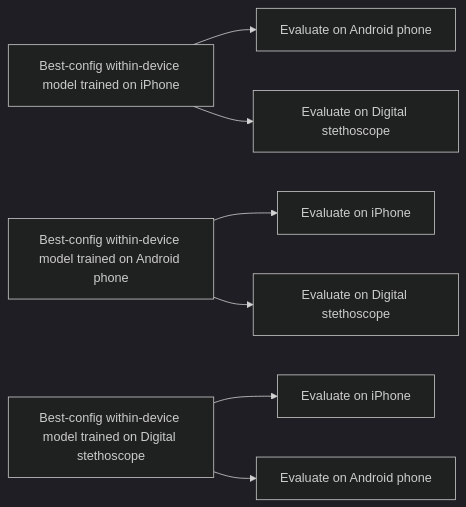
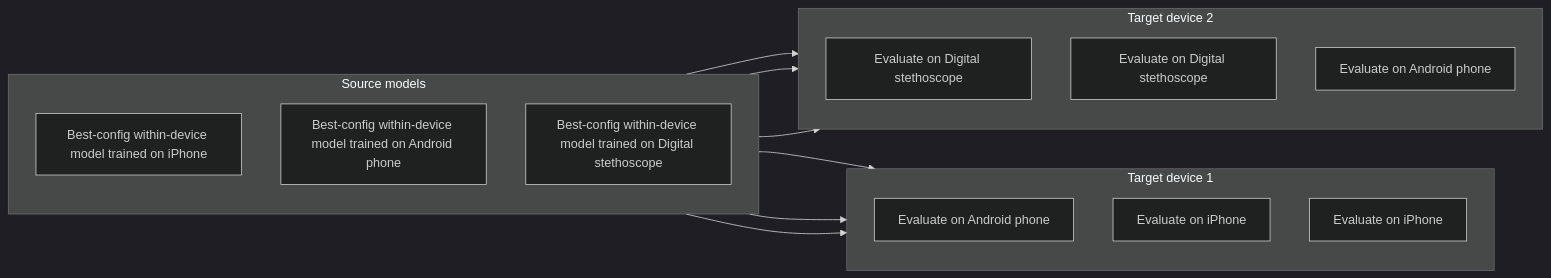
One commit to anywheredoor/phonocardiogram-lvef-deeplearning changed the second of 3 diagrams in README.md. Above: the diagram before and after it, drawn with Mermaid (dark theme). The commit also changed other lines of this file, not shown here.

````diff
--- a/README.md
+++ b/README.md
@@ -153,9 +150,27 @@
 ```mermaid
 flowchart LR
-    A["Best-config within-device model trained on iPhone"] --> B1["Evaluate on Android phone"]
-    A --> B2["Evaluate on Digital stethoscope"]
-    C["Best-config within-device model trained on Android phone"] --> D1["Evaluate on iPhone"]
-    C --> D2["Evaluate on Digital stethoscope"]
-    E["Best-config within-device model trained on Digital stethoscope"] --> F1["Evaluate on iPhone"]
-    E --> F2["Evaluate on Android phone"]
+    subgraph SRC["Source models"]
+        direction TB
+        A["Best-config within-device model trained on iPhone"]
+        C["Best-config within-device model trained on Android phone"]
+        E["Best-config within-device model trained on Digital stethoscope"]
+    end
+    subgraph T1["Target device 1"]
+        direction TB
+        B1["Evaluate on Android phone"]
+        D1["Evaluate on iPhone"]
+        F1["Evaluate on iPhone"]
+    end
+    subgraph T2["Target device 2"]
+        direction TB
+        B2["Evaluate on Digital stethoscope"]
+        D2["Evaluate on Digital stethoscope"]
+        F2["Evaluate on Android phone"]
+    end
+    A --> B1
+    A --> B2
+    C --> D1
+    C --> D2
+    E --> F1
+    E --> F2
 ```
````
